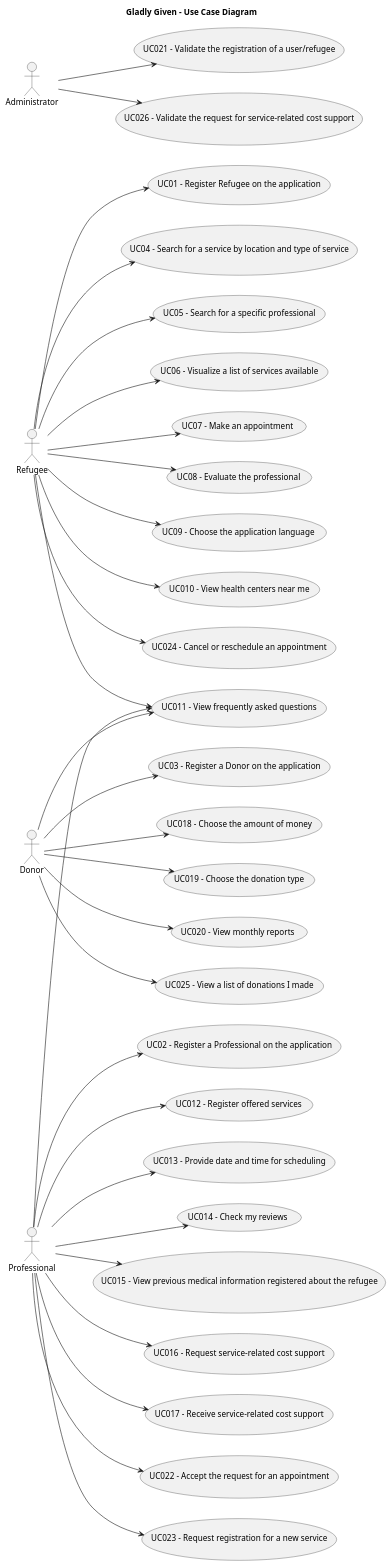
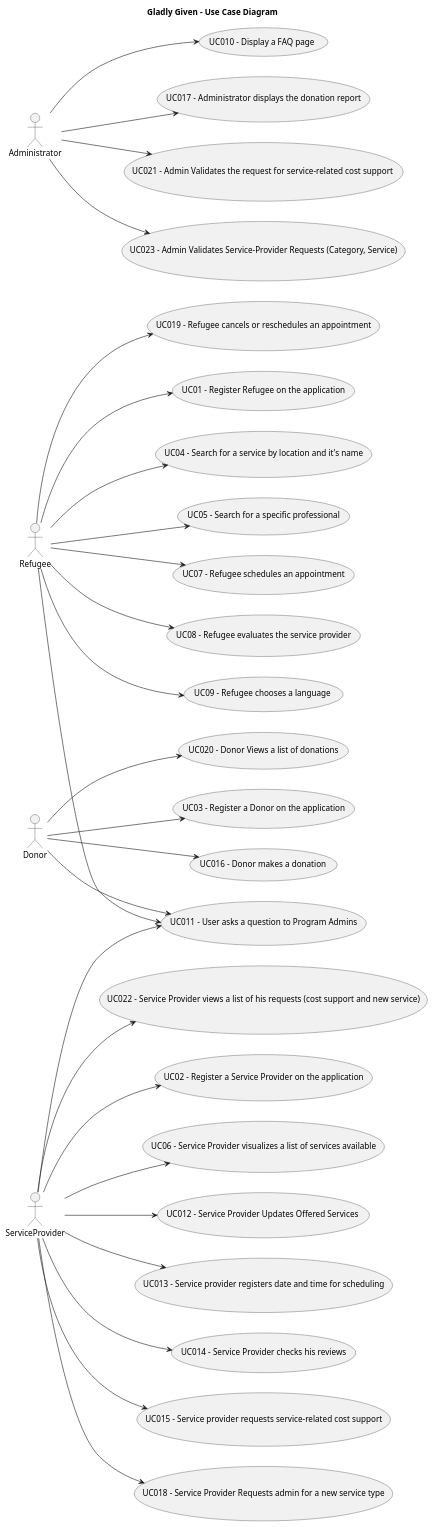
Before and after one commit to Chirano/GladlyGiven: the diagram in javaSprint2GladlyGiven/Docs/Use Case Diagram.puml, drawn with PlantUML. The commit also changed 106 other files, not shown here.

```diff
--- a/javaSprint2GladlyGiven/Docs/Use Case Diagram.puml
+++ b/javaSprint2GladlyGiven/Docs/Use Case Diagram.puml
@@ -1,71 +1,65 @@
 @startuml
 'https://plantuml.com/use-case-diagram
 
 left to right direction
 'top to bottom direction
 title Gladly Given - Use Case Diagram
 
 actor "Refugee" as Ref
 actor "Donor" as Don
-actor "Professional" as Pro
+actor "ServiceProvider" as Pro
 actor "Administrator" as Adm
 
 usecase "UC01 - Register Refugee on the application" as UC01
-usecase "UC02 - Register a Professional on the application" as UC02
+usecase "UC02 - Register a Service Provider on the application" as UC02
 usecase "UC03 - Register a Donor on the application" as UC03
-usecase "UC04 - Search for a service by location and type of service" as UC04
+usecase "UC04 - Search for a service by location and it's name" as UC04
 usecase "UC05 - Search for a specific professional" as UC05
-usecase "UC06 - Visualize a list of services available" as UC06
-usecase "UC07 - Make an appointment" as UC07
-usecase "UC08 - Evaluate the professional" as UC08
-usecase "UC09 - Choose the application language " as UC09
-usecase "UC010 - View health centers near me" as UC010
-usecase "UC011 - View frequently asked questions" as UC011
-usecase "UC012 - Register offered services" as UC012
-usecase "UC013 - Provide date and time for scheduling" as UC013
-usecase "UC014 - Check my reviews" as UC014
-usecase "UC015 - View previous medical information registered about the refugee" as UC015
-usecase "UC016 - Request service-related cost support" as UC016
-usecase "UC017 - Receive service-related cost support" as UC017
-usecase "UC018 - Choose the amount of money" as UC018
-usecase "UC019 - Choose the donation type" as UC019
-usecase "UC020 - View monthly reports" as UC020
-usecase "UC021 - Validate the registration of a user/refugee" as UC021
-usecase "UC022 - Accept the request for an appointment" as UC022
-usecase "UC023 - Request registration for a new service" as UC023
-usecase "UC024 - Cancel or reschedule an appointment" as UC024
-usecase "UC025 - View a list of donations I made" as UC025
-usecase "UC026 - Validate the request for service-related cost support" as UC026
+usecase "UC06 - Service Provider visualizes a list of services available" as UC06
+usecase "UC07 - Refugee schedules an appointment" as UC07
+usecase "UC08 - Refugee evaluates the service provider" as UC08
+usecase "UC09 - Refugee chooses a language " as UC09
+usecase "UC010 - Display a FAQ page" as UC010
+usecase "UC011 - User asks a question to Program Admins" as UC011
+usecase "UC012 - Service Provider Updates Offered Services " as UC012
+usecase "UC013 - Service provider registers date and time for scheduling" as UC013
+usecase "UC014 - Service Provider checks his reviews" as UC014
+usecase "UC015 - Service provider requests service-related cost support" as UC015
+usecase "UC016 - Donor makes a donation" as UC016
+usecase "UC017 - Administrator displays the donation report" as UC017
+usecase "UC018 - Service Provider Requests admin for a new service type" as UC018
+usecase "UC019 - Refugee cancels or reschedules an appointment" as UC019
+usecase "UC020 - Donor Views a list of donations" as UC020
+usecase "UC021 - Admin Validates the request for service-related cost support " as UC021
+usecase "UC022 - Service Provider views a list of his requests (cost support and new service)" as UC022
+usecase "UC023 - Admin Validates Service-Provider Requests (Category, Service)" as UC023
 
 
 
 Ref -down-> UC01
 Pro -down-> UC02
 Don -down-> UC03
 Ref -down-> UC04
 Ref -down-> UC05
-Ref -down-> UC06
+Pro -down-> UC06
 Ref -down-> UC07
 Ref -down-> UC08
 Ref -down-> UC09
-Ref -down-> UC010
+Adm -down-> UC010
 Don -down-> UC011
 Pro -down-> UC011
 Ref -down-> UC011
 Pro -down-> UC012
 Pro -down-> UC013
 Pro -down-> UC014
 Pro -down-> UC015
-Pro -down-> UC016
-Pro -down-> UC017
-Don -down-> UC018
-Don -down-> UC019
+Don -down-> UC016
+Adm -down-> UC017
+Pro -down-> UC018
+Ref -down-> UC019
 Don -down-> UC020
 Adm -down-> UC021
 Pro -down-> UC022
-Pro -down-> UC023
-Ref -down-> UC024
-Don -down-> UC025
-Adm -down-> UC026
+Adm -down-> UC023
 
 @enduml
```
